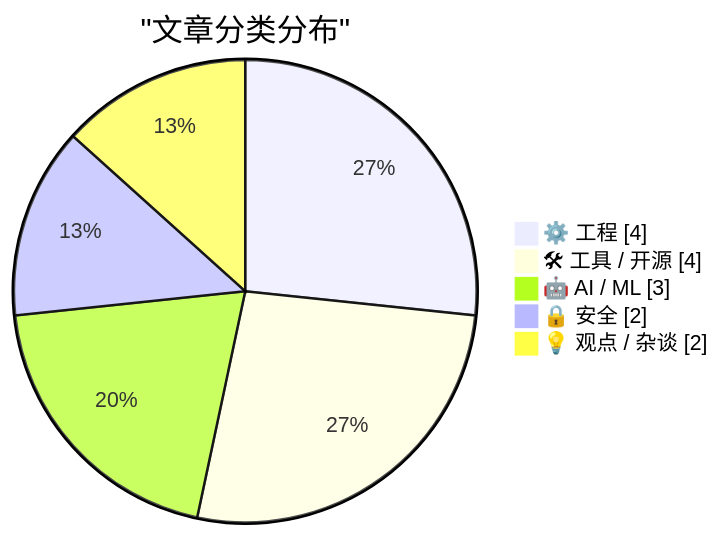
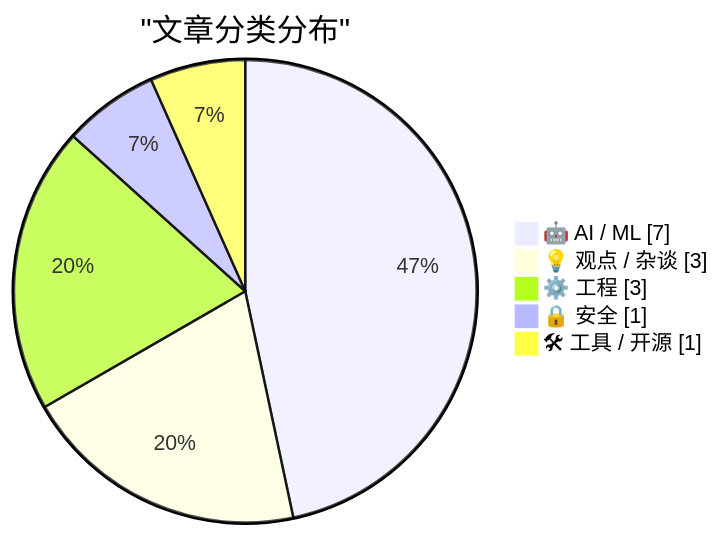
One commit to Halcyon-ccc/ai-daily-digest changed the first of 2 diagrams in digests/digest-20260810.md. Above: the diagram before and after it, drawn with Mermaid. The commit also changed other lines of this file, not shown here.

````diff
--- a/digests/digest-20260810.md
+++ b/digests/digest-20260810.md
@@ -391,9 +391,9 @@
 ```mermaid
 pie showData
     title "文章分类分布"
-    "⚙️ 工程" : 4
-    "🛠 工具 / 开源" : 4
-    "🤖 AI / ML" : 3
-    "🔒 安全" : 2
-    "💡 观点 / 杂谈" : 2
+    "🤖 AI / ML" : 7
+    "💡 观点 / 杂谈" : 3
+    "⚙️ 工程" : 3
+    "🔒 安全" : 1
+    "🛠 工具 / 开源" : 1
 ```
````
